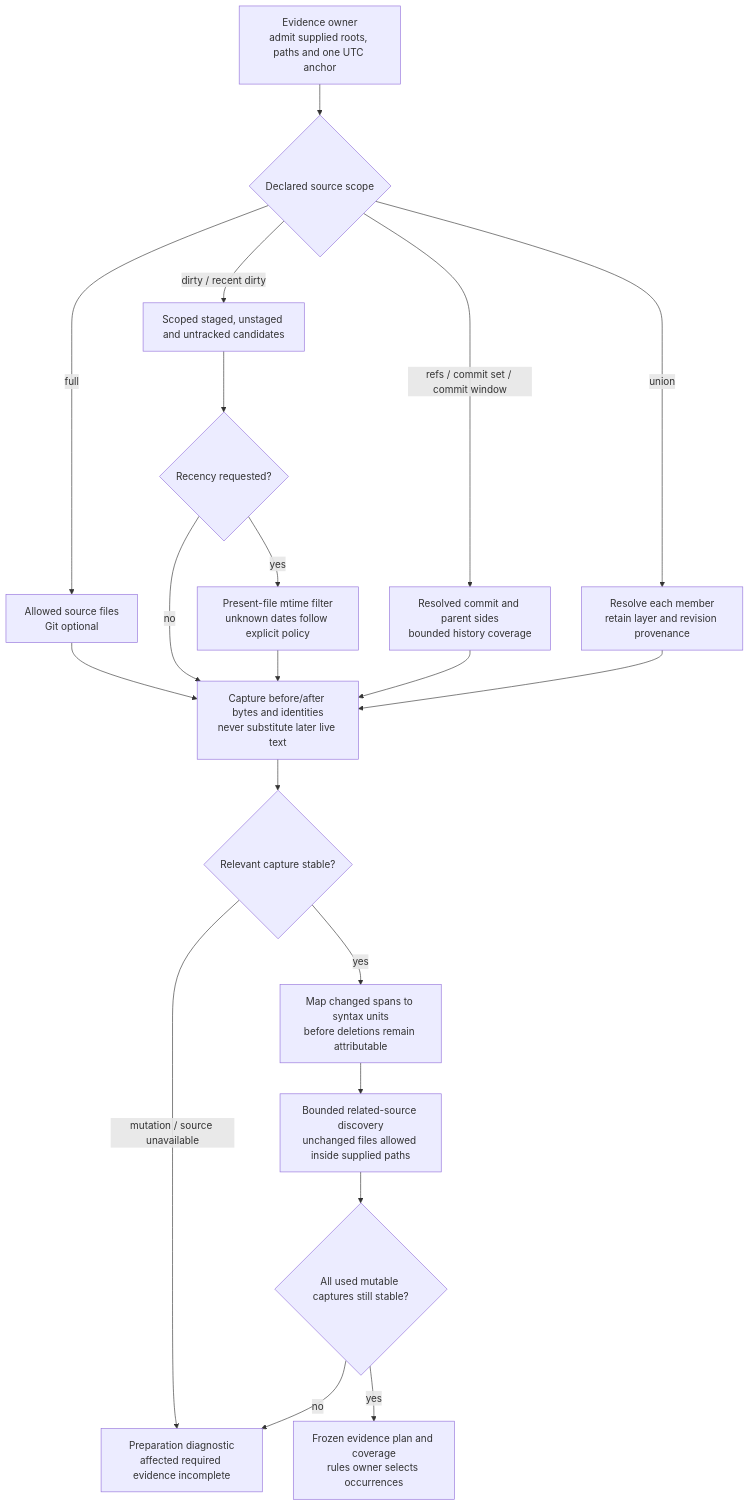
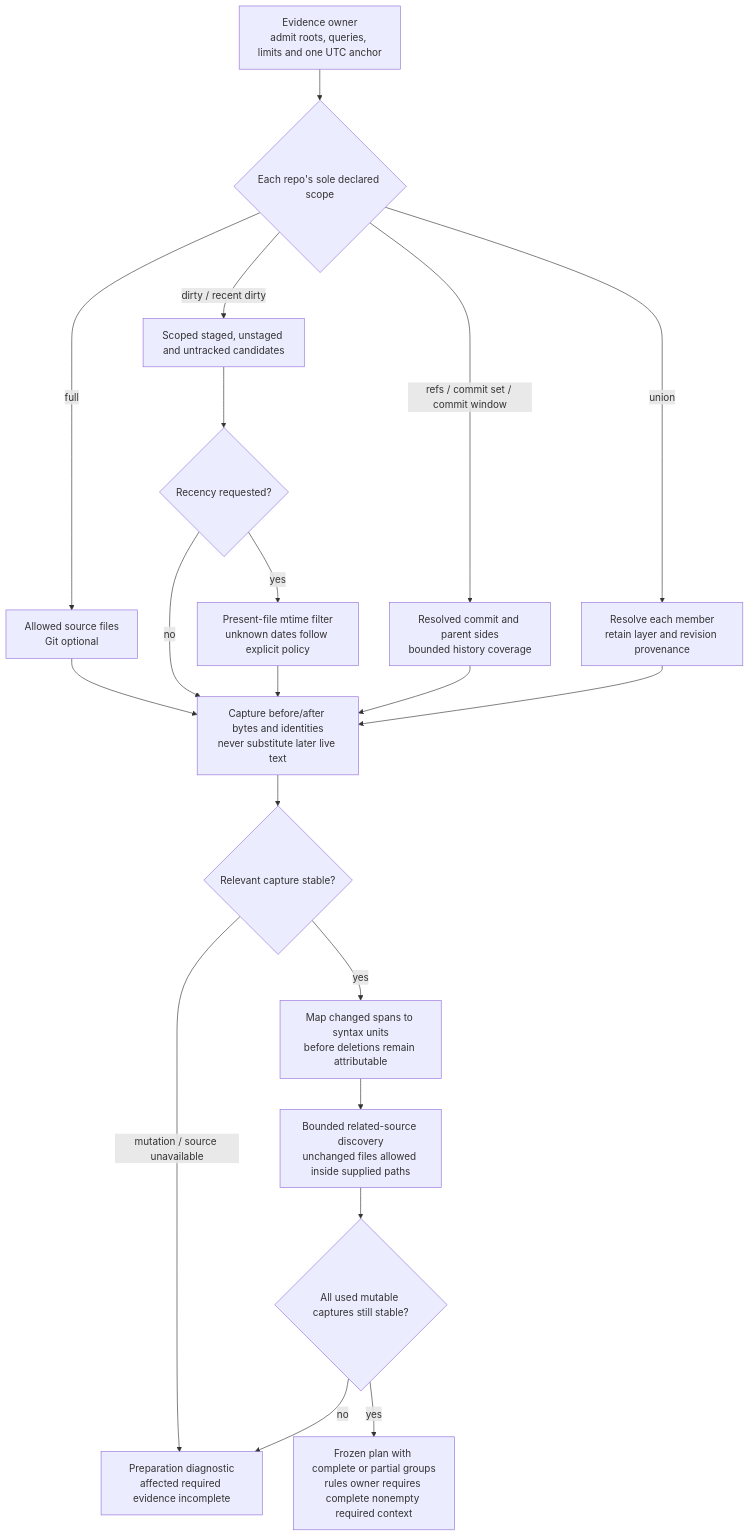
One commit to ShravanSunder/sunstack-tools changed the diagram in docs/specs/2026-10-12-rust-rule-engine/assets/change-sourcing-flow.mmd. Above: the diagram before and after it, drawn with Mermaid. The commit also changed 6 other files, not shown here.

```diff
--- a/docs/specs/2026-10-12-rust-rule-engine/assets/change-sourcing-flow.mmd
+++ b/docs/specs/2026-10-12-rust-rule-engine/assets/change-sourcing-flow.mmd
@@ -1,20 +1,20 @@
 flowchart TB
-  Start["Evidence owner<br/>admit supplied roots, paths and one UTC anchor"] --> Scope{"Declared source scope"}
+  Start["Evidence owner<br/>admit roots, queries, limits and one UTC anchor"] --> Scope{"Each repo's sole declared scope"}
   Scope -->|"full"| Files["Allowed source files<br/>Git optional"]
   Scope -->|"dirty / recent dirty"| Dirty["Scoped staged, unstaged and untracked candidates"]
   Dirty --> Time{"Recency requested?"}
   Time -->|"no"| Capture
   Time -->|"yes"| Recent["Present-file mtime filter<br/>unknown dates follow explicit policy"]
   Scope -->|"refs / commit set / commit window"| History["Resolved commit and parent sides<br/>bounded history coverage"]
   Scope -->|"union"| Union["Resolve each member<br/>retain layer and revision provenance"]
   Files --> Capture["Capture before/after bytes and identities<br/>never substitute later live text"]
   Recent --> Capture
   History --> Capture
   Union --> Capture
   Capture --> Stable{"Relevant capture stable?"}
   Stable -->|"mutation / source unavailable"| Refuse["Preparation diagnostic<br/>affected required evidence incomplete"]
   Stable -->|"yes"| Units["Map changed spans to syntax units<br/>before deletions remain attributable"]
   Units --> Related["Bounded related-source discovery<br/>unchanged files allowed inside supplied paths"]
   Related --> Seal{"All used mutable captures still stable?"}
   Seal -->|"no"| Refuse
-  Seal -->|"yes"| Out["Frozen evidence plan and coverage<br/>rules owner selects occurrences"]
+  Seal -->|"yes"| Out["Frozen plan with complete or partial groups<br/>rules owner requires complete nonempty required context"]
```
